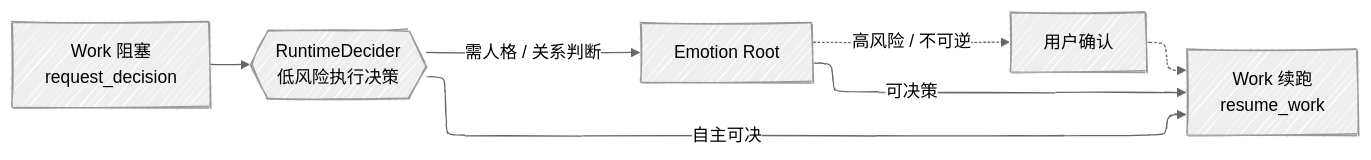
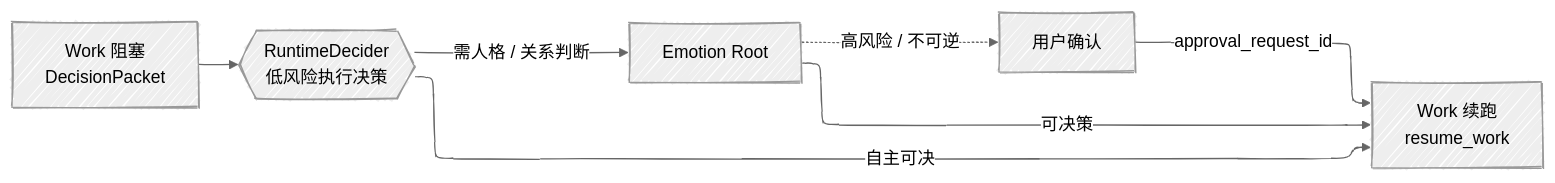
The second of 2 diagrams in README.md (LongYiSang/EmoAgent), drawn with Mermaid before and after one commit. The commit also changed other lines of this file and 3 other files, not shown here.

````diff
--- a/README.md
+++ b/README.md
@@ -83,15 +90,15 @@
 ```mermaid
 ---
 config:
   look: handDrawn
   layout: elk
   theme: neutral
 ---
 flowchart LR
-  W["Work 阻塞<br/>request_decision"] --> RD{{"RuntimeDecider<br/>低风险执行决策"}}
+  W["Work 阻塞<br/>DecisionPacket"] --> RD{{"RuntimeDecider<br/>低风险执行决策"}}
   RD -->|自主可决| RS["Work 续跑<br/>resume_work"]
   RD -->|需人格 / 关系判断| Emo["Emotion Root"]
   Emo -->|可决策| RS
   Emo -.->|高风险 / 不可逆| U["用户确认"]
-  U -.-> RS
+  U -->|approval_request_id| RS
 ```
````
